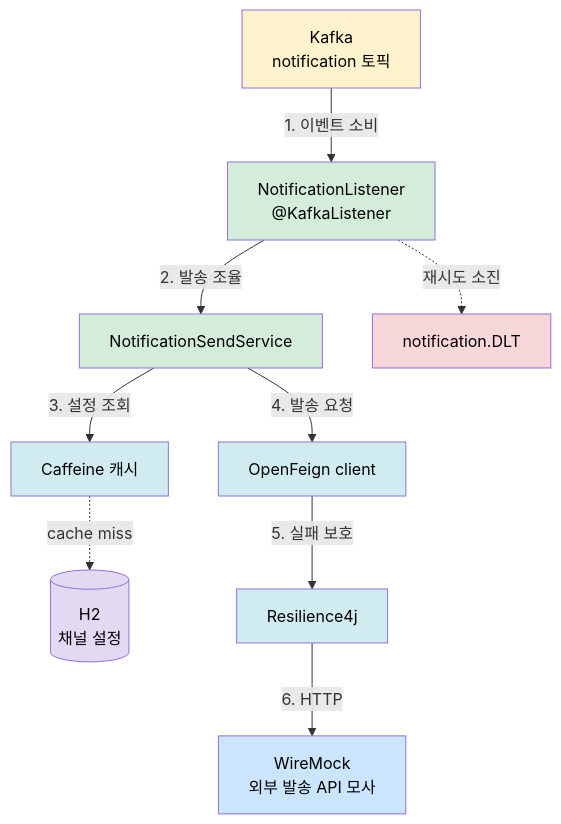
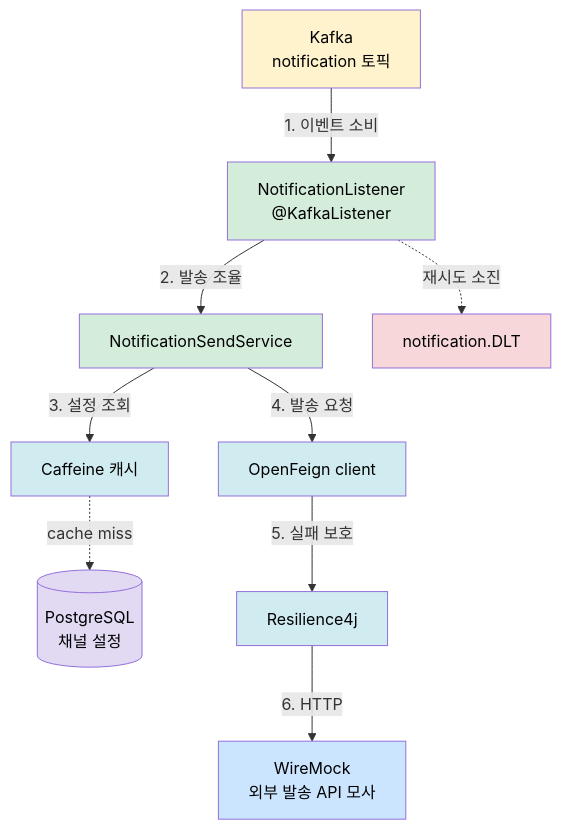
Before and after one commit to scofe97/notification-lab: the first of 2 diagrams in apps/notification-service/docs/03-architecture.md, drawn with Mermaid. The commit also changed other lines of this file and 5 other files, not shown here.

````diff
--- a/apps/notification-service/docs/03-architecture.md
+++ b/apps/notification-service/docs/03-architecture.md
@@ -26,21 +26,21 @@
 ```mermaid
 flowchart TB
     K["Kafka<br/>notification 토픽"] -->|"1. 이벤트 소비"| L["NotificationListener<br/>@KafkaListener"]
     L -->|"2. 발송 조율"| S["NotificationSendService"]
     S -->|"3. 설정 조회"| C["Caffeine 캐시"]
-    C -. "cache miss" .-> DB[("H2<br/>채널 설정")]
+    C -. "cache miss" .-> DB[("PostgreSQL<br/>채널 설정")]
     S -->|"4. 발송 요청"| R["OpenFeign client"]
     R -->|"5. 실패 보호"| CB["Resilience4j"]
     CB -->|"6. HTTP"| W["WireMock<br/>외부 발송 API 모사"]
     L -. "재시도 소진" .-> D["notification.DLT"]
 
     style K fill:#fff3cd,color:#000
     style L fill:#d4edda,color:#000
     style S fill:#d4edda,color:#000
     style C fill:#d1ecf1,color:#000
     style DB fill:#e2d9f3,color:#000
     style R fill:#d1ecf1,color:#000
     style CB fill:#d1ecf1,color:#000
     style W fill:#cce5ff,color:#000
     style D fill:#f8d7da,color:#000
 ```
````
